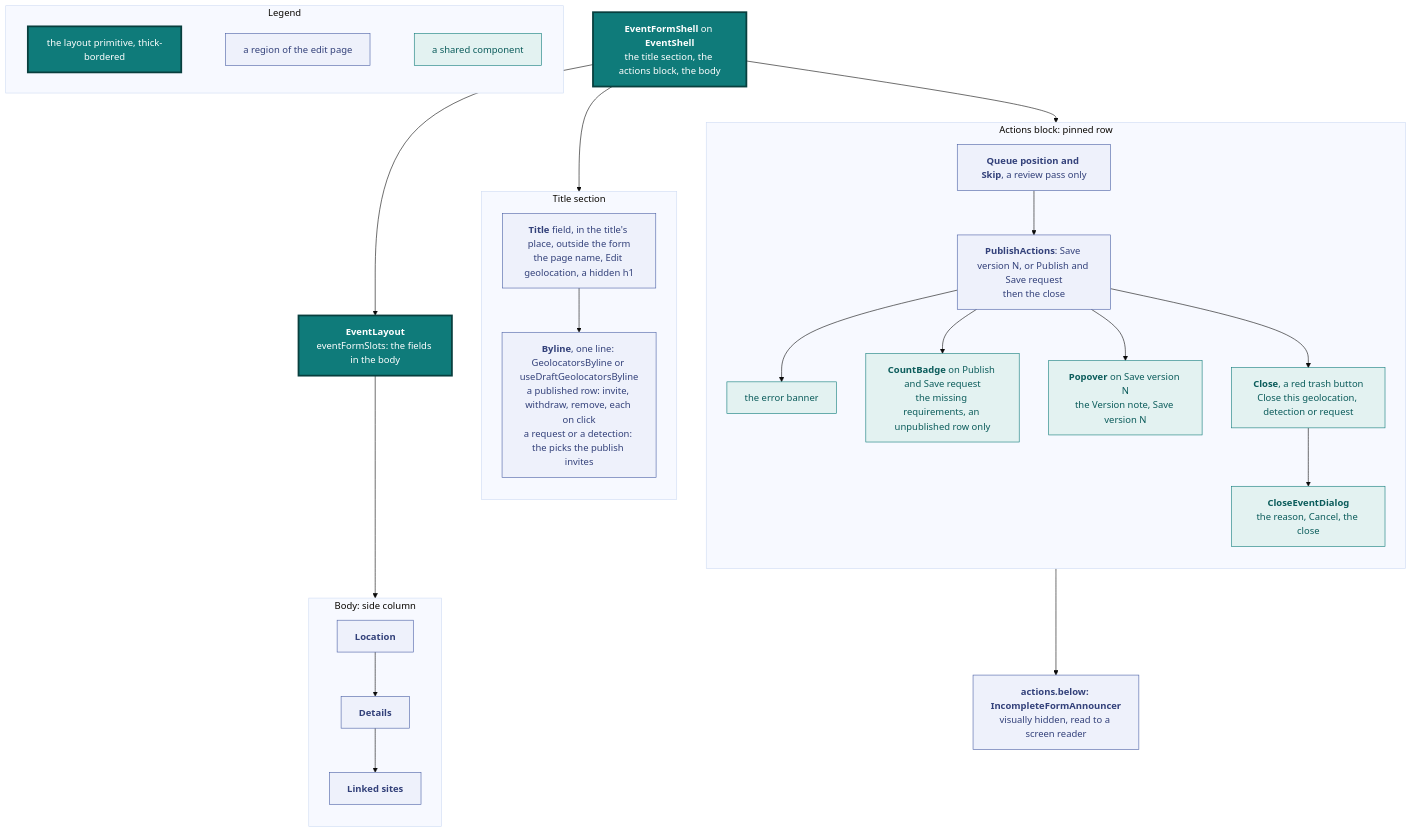
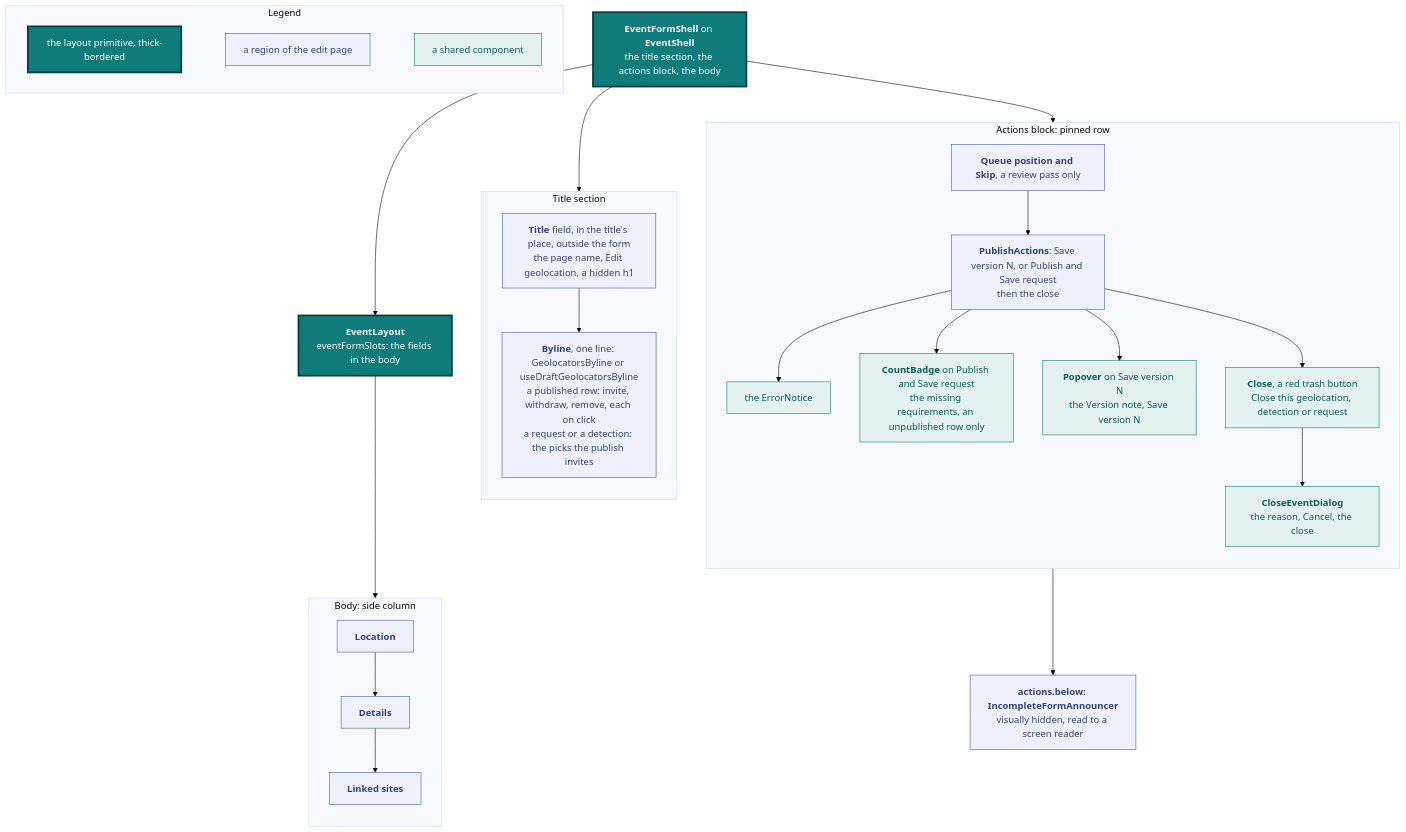
Before and after one commit to vidithq/vidit: diagram 14 of 21 in docs/design.md, drawn with Mermaid (base theme). The commit also changed other lines of this file and 115 other files, not shown here.

First line of the commit message:
feat(errors): read every failure in plain words and show it in one ErrorNotice (#795)

````diff
--- a/docs/design.md
+++ b/docs/design.md
@@ -1232,64 +1232,64 @@
 ```mermaid
 flowchart TB
   classDef spec fill:#eef1fb,stroke:#4a5fa5,color:#33417a
   classDef shared fill:#e3f2f1,stroke:#0f7b7a,color:#0b5c5b
   classDef core fill:#0f7b7a,stroke:#083f3e,stroke-width:3px,color:#ffffff
 
   subgraph legend [Legend]
     direction LR
     l1["`the layout primitive, thick-bordered`"]:::core
     l2["`a region of the edit page`"]:::spec
     l3["`a shared component`"]:::shared
     l1 ~~~ l2 ~~~ l3
   end
 
   shell["`**EventFormShell** on **EventShell**
   the title section, the actions block, the body`"]:::core
   layout["`**EventLayout**
   eventFormSlots: the fields in the body`"]:::core
 
   subgraph titlesection [Title section]
     direction TB
     title["`**Title** field, in the title's place, outside the form
     the page name, Edit geolocation, a hidden h1`"]:::spec
     byline["`**Byline**, one line: GeolocatorsByline or useDraftGeolocatorsByline
     a published row: invite, withdraw, remove, each on click
     a request or a detection: the picks the publish invites`"]:::spec
     title --> byline
   end
 
   subgraph rail [Actions block: pinned row]
     direction TB
     queue["`**Queue position and Skip**, a review pass only`"]:::spec
     actions["`**PublishActions**: Save version N, or Publish and Save request
     then the close`"]:::spec
     count["`**CountBadge** on Publish and Save request
     the missing requirements, an unpublished row only`"]:::shared
-    banner["`the error banner`"]:::shared
+    banner["`the ErrorNotice`"]:::shared
     popover["`**Popover** on Save version N
     the Version note, Save version N`"]:::shared
     close["`**Close**, a red trash button
     Close this geolocation, detection or request`"]:::shared
     dialog["`**CloseEventDialog**
     the reason, Cancel, the close`"]:::shared
     queue --> actions --> banner
     actions --> count
     actions --> popover
     actions --> close --> dialog
   end
 
   note["`**actions.below: IncompleteFormAnnouncer**
   visually hidden, read to a screen reader`"]:::spec
 
   subgraph side [Body: side column]
     direction TB
     location["`**Location**`"]:::spec
     details["`**Details**`"]:::spec
     sitesfield["`**Linked sites**`"]:::spec
     location --> details --> sitesfield
   end
 
   shell --> titlesection
   shell --> rail --> note
   shell --> layout --> side
 ```
````
